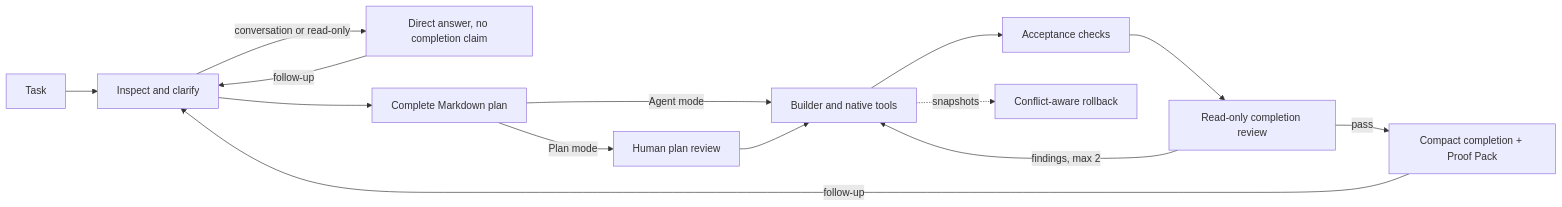
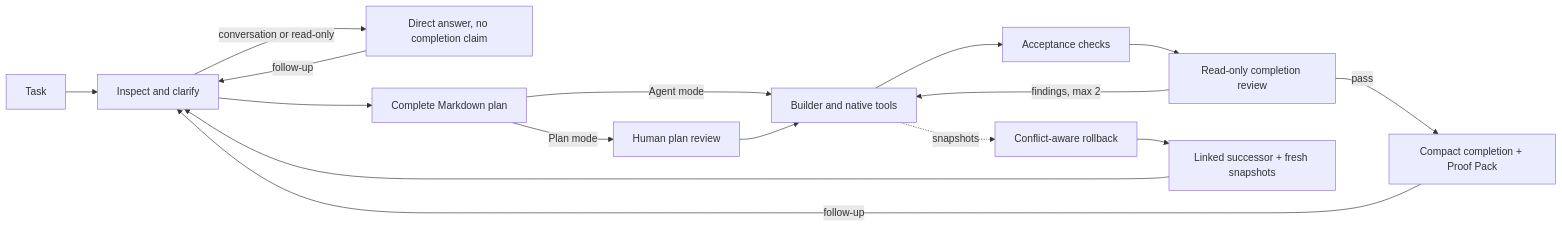
Before and after one commit to iamzwxyy/traceforge: the diagram in README.md, drawn with Mermaid. The commit also changed other lines of this file and 34 other files, not shown here.

````diff
--- a/README.md
+++ b/README.md
@@ -185,16 +195,18 @@
 ```mermaid
 flowchart LR
     A[Task] --> B[Inspect and clarify]
     B -->|conversation or read-only| J[Direct answer, no completion claim]
     B --> C[Complete Markdown plan]
     C -->|Agent mode| D[Builder and native tools]
     C -->|Plan mode| H[Human plan review]
     H --> D
     D --> E[Acceptance checks]
     E --> F[Read-only completion review]
     F -->|pass| G[Compact completion + Proof Pack]
     F -->|findings, max 2| D
     G -->|follow-up| B
     J -->|follow-up| B
     D -. snapshots .-> I[Conflict-aware rollback]
+    I --> K[Linked successor + fresh snapshots]
+    K --> B
 ```
````
